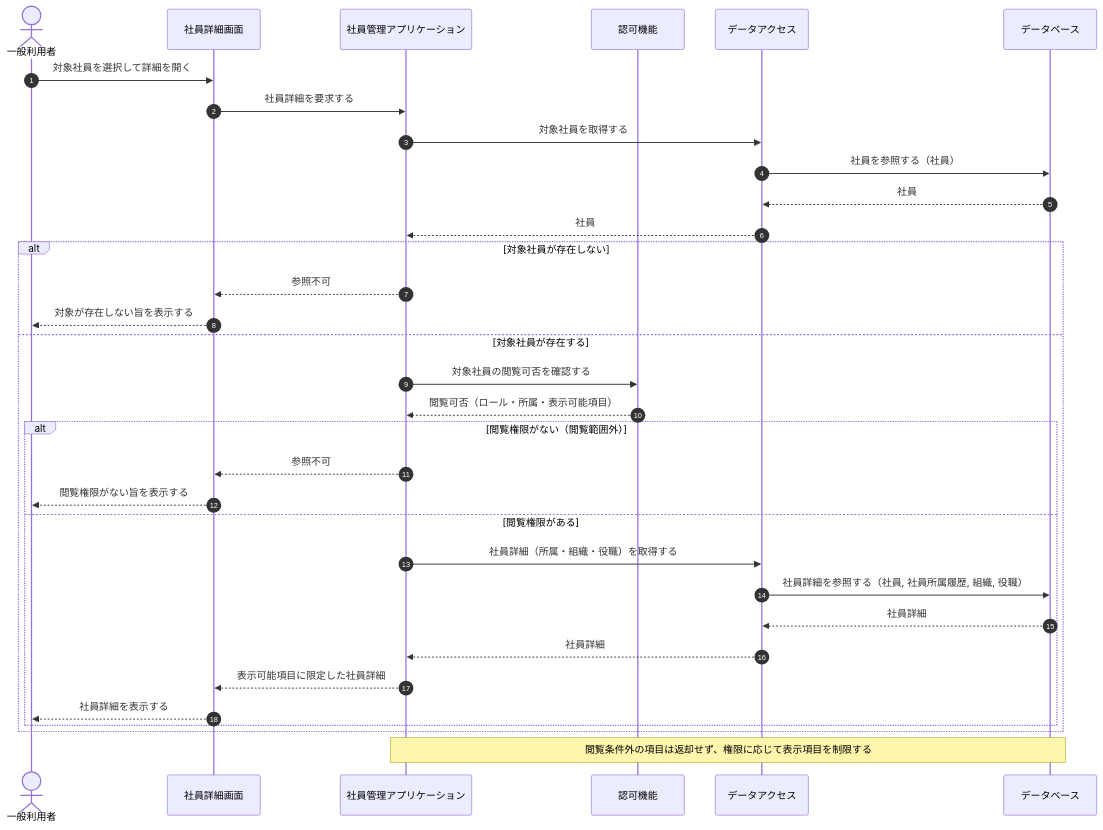
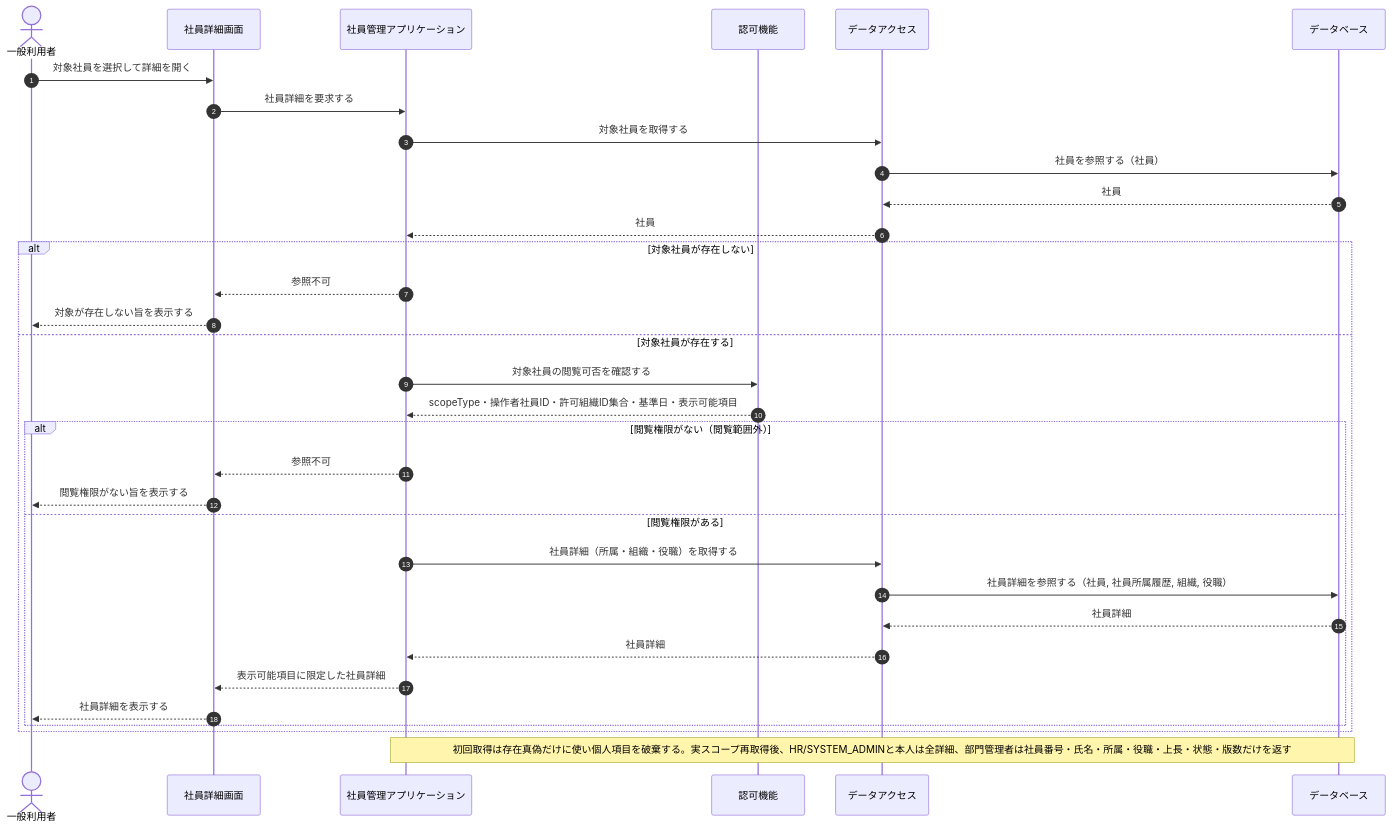
Before and after one commit to sikakou54/system-document-template: the eighth of 14 diagrams in 統合設計書/社員名簿管理システム/03_シーケンス設計.md, drawn with Mermaid. The commit also changed other lines of this file and 40 other files, not shown here.

````diff
--- a/統合設計書/社員名簿管理システム/03_シーケンス設計.md
+++ b/統合設計書/社員名簿管理システム/03_シーケンス設計.md
@@ -565,36 +723,36 @@
 ```mermaid
 sequenceDiagram
     autonumber
     actor U as 一般利用者
     participant UI as 社員詳細画面
     participant APP as 社員管理アプリケーション
     participant AUTH as 認可機能
     participant DATA as データアクセス
     participant DB as データベース
 
     U->>UI: 対象社員を選択して詳細を開く
     UI->>APP: 社員詳細を要求する
     APP->>DATA: 対象社員を取得する
     DATA->>DB: 社員を参照する（社員）
     DB-->>DATA: 社員
     DATA-->>APP: 社員
     alt 対象社員が存在しない
         APP-->>UI: 参照不可
         UI-->>U: 対象が存在しない旨を表示する
     else 対象社員が存在する
         APP->>AUTH: 対象社員の閲覧可否を確認する
-        AUTH-->>APP: 閲覧可否（ロール・所属・表示可能項目）
+        AUTH-->>APP: scopeType・操作者社員ID・許可組織ID集合・基準日・表示可能項目
         alt 閲覧権限がない（閲覧範囲外）
             APP-->>UI: 参照不可
             UI-->>U: 閲覧権限がない旨を表示する
         else 閲覧権限がある
             APP->>DATA: 社員詳細（所属・組織・役職）を取得する
             DATA->>DB: 社員詳細を参照する（社員, 社員所属履歴, 組織, 役職）
             DB-->>DATA: 社員詳細
             DATA-->>APP: 社員詳細
             APP-->>UI: 表示可能項目に限定した社員詳細
             UI-->>U: 社員詳細を表示する
         end
     end
-    Note over APP,DB: 閲覧条件外の項目は返却せず、権限に応じて表示項目を制限する
+    Note over APP,DB: 初回取得は存在真偽だけに使い個人項目を破棄する。実スコープ再取得後、HR/SYSTEM_ADMINと本人は全詳細、部門管理者は社員番号・氏名・所属・役職・上長・状態・版数だけを返す
 ```
````
